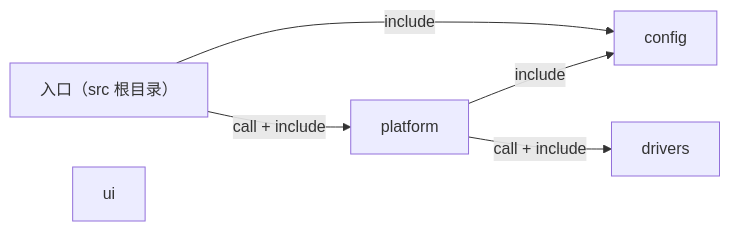
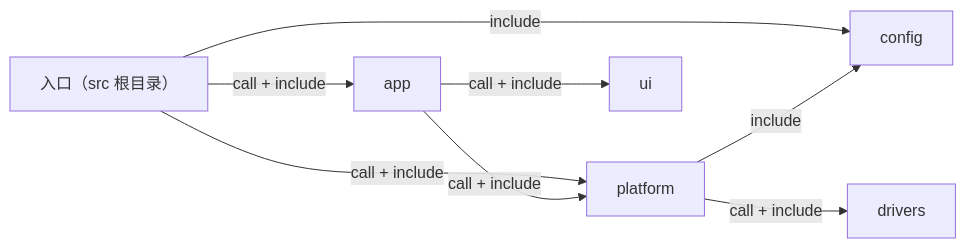
One commit to Not1Fun/HT changed the first of 2 diagrams in docs/02-digital/代码图谱.md. Above: the diagram before and after it, drawn with Mermaid. The commit also changed other lines of this file and 21 other files, not shown here.

````diff
--- a/docs/02-digital/代码图谱.md
+++ b/docs/02-digital/代码图谱.md
@@ -30,12 +30,16 @@
 ```mermaid
 flowchart LR
     M0["入口（src 根目录）"]
-    M1["config"]
-    M2["drivers"]
-    M3["platform"]
-    M4["ui"]
-    M0 -->|include| M1
-    M0 -->|call + include| M3
-    M3 -->|include| M1
-    M3 -->|call + include| M2
+    M1["app"]
+    M2["config"]
+    M3["drivers"]
+    M4["platform"]
+    M5["ui"]
+    M0 -->|call + include| M1
+    M0 -->|include| M2
+    M0 -->|call + include| M4
+    M1 -->|call + include| M4
+    M1 -->|call + include| M5
+    M4 -->|include| M2
+    M4 -->|call + include| M3
 ```
````
